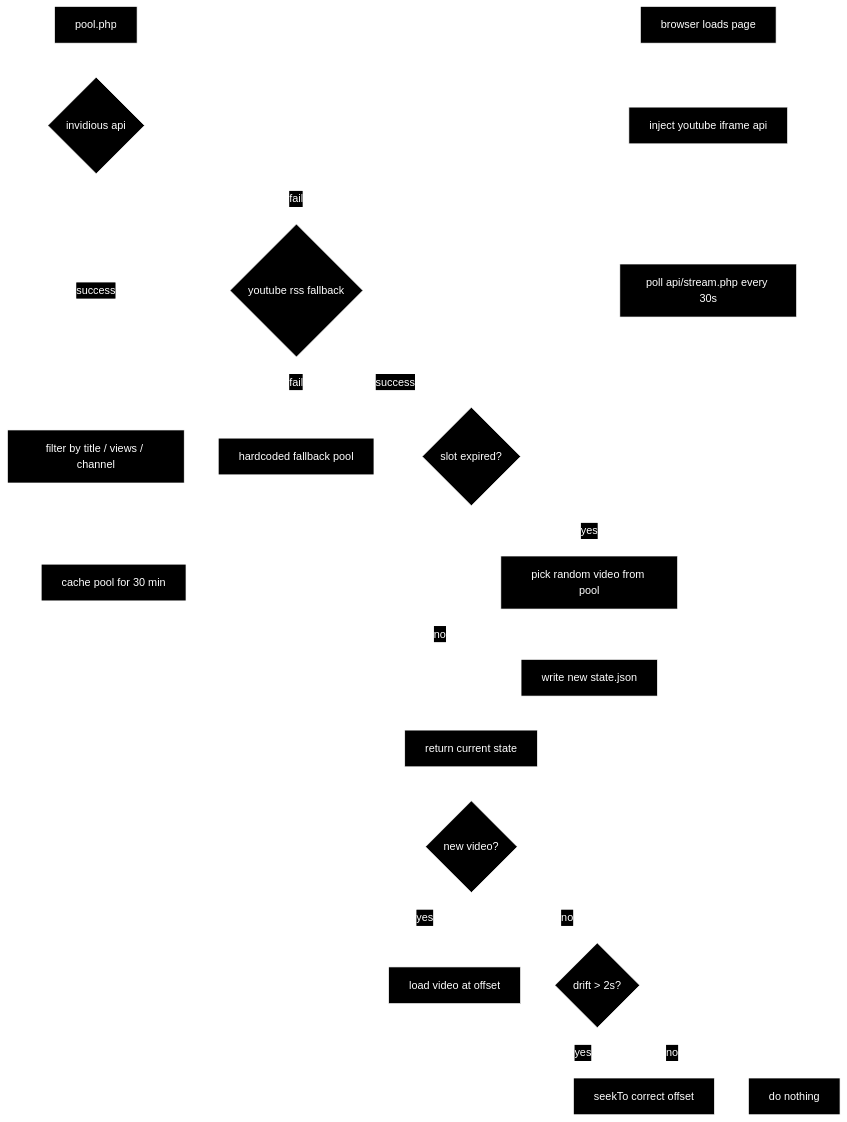
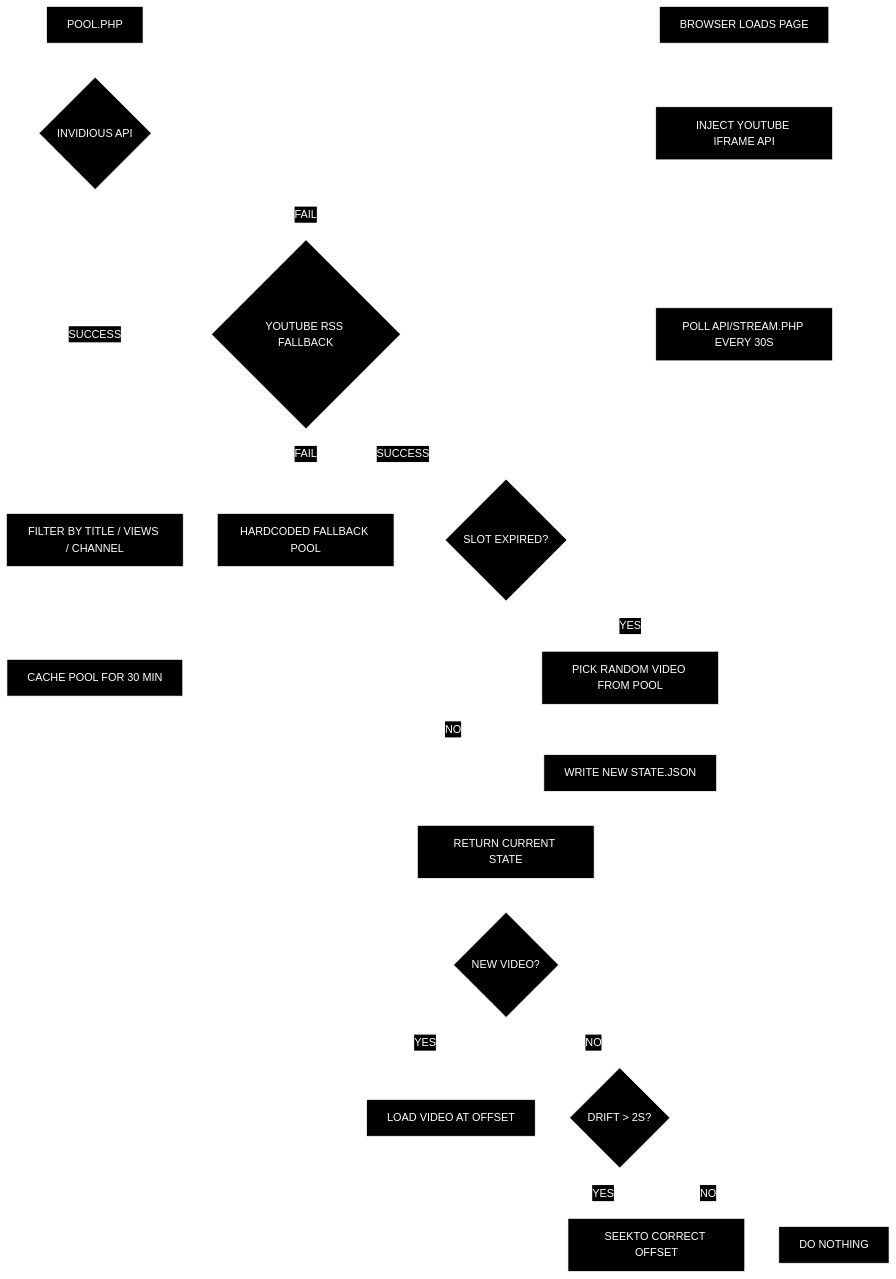
Before and after one commit to leandroestrella/as-i-was-bingeing-ahead-occasionally-i-saw-brief-glimpses-of-beauty: the diagram in README.md, drawn with Mermaid. The commit also changed other lines of this file and 1 other file, not shown here.

Commit message:
style: uppercase diagram labels, capitalize page title

````diff
--- a/README.md
+++ b/README.md
@@ -14,27 +14,27 @@
 ```mermaid
 %%{init: {'theme': 'base', 'flowchart': {'curve': 'stepBefore'}, 'themeVariables': {'primaryColor': '#000', 'primaryTextColor': '#fff', 'primaryBorderColor': '#fff', 'lineColor': '#fff', 'secondaryColor': '#000', 'tertiaryColor': '#000', 'background': '#000', 'mainBkg': '#000', 'nodeBorder': '#fff', 'clusterBkg': '#000', 'clusterBorder': '#fff', 'titleColor': '#fff', 'edgeLabelBackground': '#000'}}}%%
 flowchart TD
-    A[browser loads page] --> B[inject youtube iframe api]
-    B --> C[poll api/stream.php every 30s]
-    C --> D{slot expired?}
-    D -- no --> E[return current state]
-    D -- yes --> F[pick random video from pool]
-    F --> G[write new state.json]
+    A[BROWSER LOADS PAGE] --> B[INJECT YOUTUBE IFRAME API]
+    B --> C[POLL API/STREAM.PHP EVERY 30S]
+    C --> D{SLOT EXPIRED?}
+    D -- NO --> E[RETURN CURRENT STATE]
+    D -- YES --> F[PICK RANDOM VIDEO FROM POOL]
+    F --> G[WRITE NEW STATE.JSON]
     G --> E
-    E --> H{new video?}
-    H -- yes --> I[load video at offset]
-    H -- no --> J{drift > 2s?}
-    J -- yes --> K[seekTo correct offset]
-    J -- no --> L[do nothing]
+    E --> H{NEW VIDEO?}
+    H -- YES --> I[LOAD VIDEO AT OFFSET]
+    H -- NO --> J{DRIFT > 2S?}
+    J -- YES --> K[SEEKTO CORRECT OFFSET]
+    J -- NO --> L[DO NOTHING]
     I --> C
     K --> C
     L --> C
 
-    M[pool.php] --> N{invidious api}
-    N -- success --> O[filter by title / views / channel]
-    N -- fail --> P{youtube rss fallback}
-    P -- fail --> Q[hardcoded fallback pool]
-    O --> R[cache pool for 30 min]
-    P -- success --> O
+    M[POOL.PHP] --> N{INVIDIOUS API}
+    N -- SUCCESS --> O[FILTER BY TITLE / VIEWS / CHANNEL]
+    N -- FAIL --> P{YOUTUBE RSS FALLBACK}
+    P -- FAIL --> Q[HARDCODED FALLBACK POOL]
+    O --> R[CACHE POOL FOR 30 MIN]
+    P -- SUCCESS --> O
     Q --> R
 ```
````
